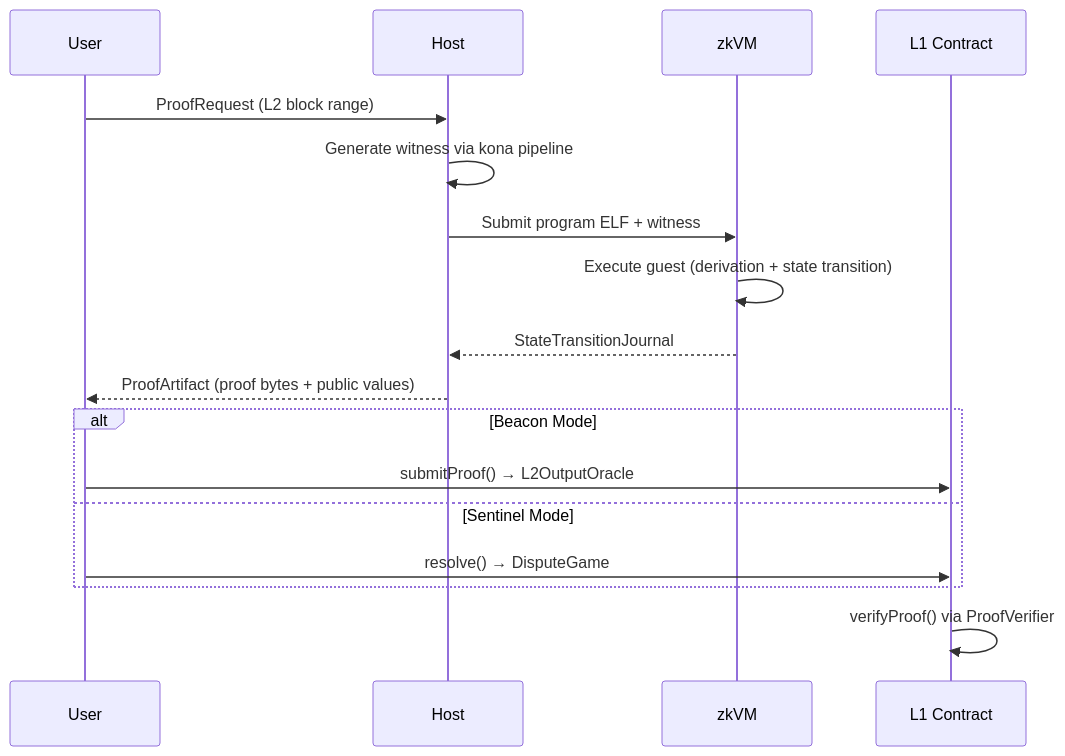
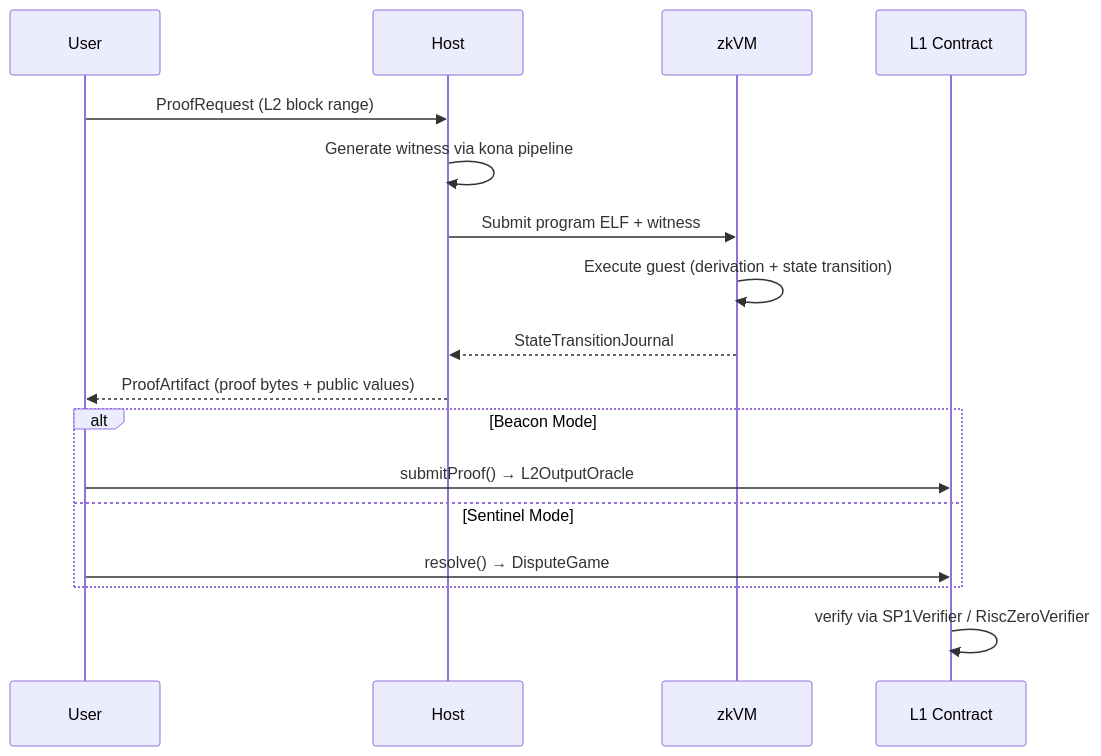
One commit to arkios-labs/open-zk changed the third of 3 diagrams in README.md. Above: the diagram before and after it, drawn with Mermaid. The commit also changed other lines of this file, not shown here.

First line of the commit message:
docs: fix ProofVerifier references and complete StateTransitionJournal fields

````diff
--- a/README.md
+++ b/README.md
@@ -291,22 +291,22 @@
 ```mermaid
 sequenceDiagram
   participant User
   participant Host
   participant zkVM
   participant L1 as L1 Contract
 
   User->>Host: ProofRequest (L2 block range)
   Host->>Host: Generate witness via kona pipeline
   Host->>zkVM: Submit program ELF + witness
   zkVM->>zkVM: Execute guest (derivation + state transition)
   zkVM-->>Host: StateTransitionJournal
   Host-->>User: ProofArtifact (proof bytes + public values)
 
   alt Beacon Mode
     User->>L1: submitProof() → L2OutputOracle
   else Sentinel Mode
     User->>L1: resolve() → DisputeGame
   end
 
-  L1->>L1: verifyProof() via ProofVerifier
+  L1->>L1: verify via SP1Verifier / RiscZeroVerifier
 ```
````
